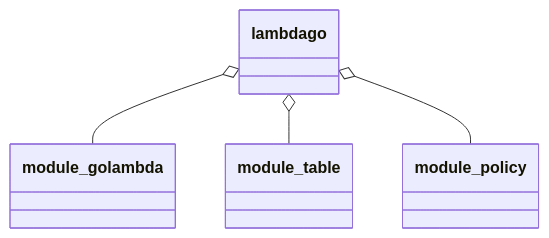
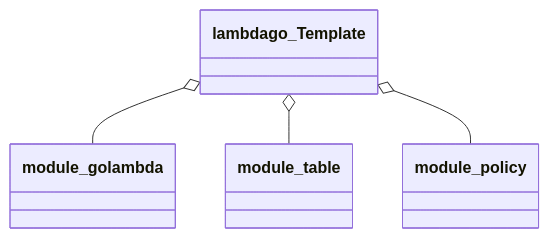
One commit to tecracer/tRick-benchmarks changed the diagram in serverless-standard/cloudformation/readme.md. Above: the diagram before and after it, drawn with Mermaid. The commit also changed other lines of this file and 5 other files, not shown here.

````diff
--- a/serverless-standard/cloudformation/readme.md
+++ b/serverless-standard/cloudformation/readme.md
@@ -1,7 +3,6 @@
 ```mermaid
 classDiagram
-lambdago o-- module_golambda
-lambdago o-- module_table
-lambdago o-- module_policy
-
+lambdago_Template o-- module_golambda
+lambdago_Template o-- module_table
+lambdago_Template o-- module_policy
 ```
````
